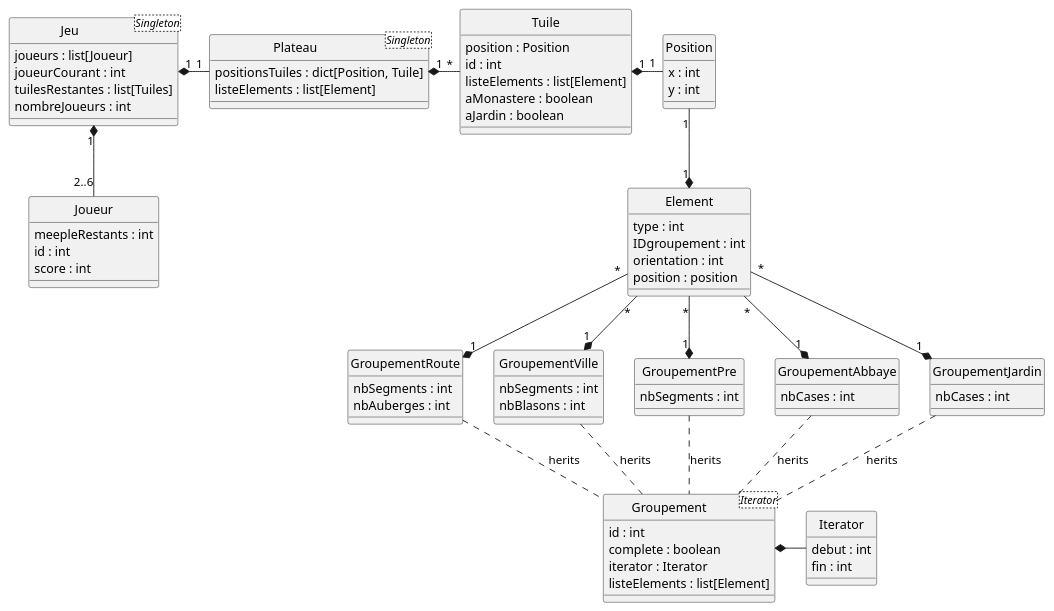
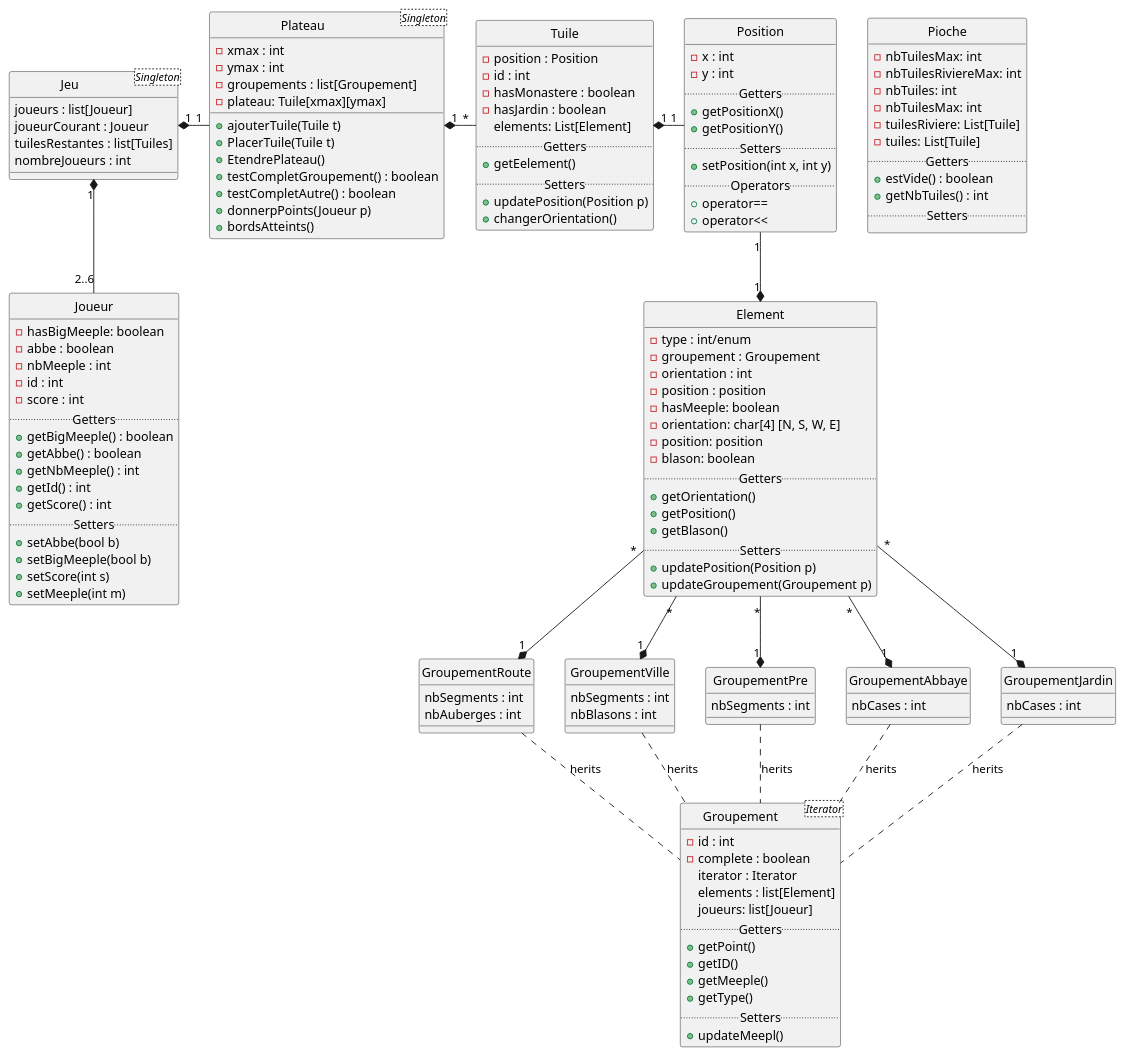
One commit to adrsimon/lo21-carcassone changed the diagram in structuration-du-projet/uml.puml. Above: the diagram before and after it, drawn with PlantUML.

Commit message:
Update UML

```diff
--- a/structuration-du-projet/uml.puml
+++ b/structuration-du-projet/uml.puml
@@ -1,98 +1,158 @@
 @startuml
 hide circle
 
 
 class Jeu<Singleton> {
   joueurs : list[Joueur]
-  joueurCourant : int
+  joueurCourant : Joueur
   tuilesRestantes : list[Tuiles]
   nombreJoueurs : int
 }
 
+class Pioche {
+  -nbTuilesMax: int
+  -nbTuilesRiviereMax: int
+  -nbTuiles: int
+  -nbTuilesMax: int
+  -tuilesRiviere: List[Tuile]
+  -tuiles: List[Tuile]
+  .. Getters ..
+  + estVide() : boolean
+  + getNbTuiles() : int
+  .. Setters ..
+}
+
 class Plateau<Singleton> {
-  positionsTuiles : dict[Position, Tuile]
-  listeElements : list[Element]
+  -xmax : int
+  -ymax : int
+  -groupements : list[Groupement]
+  -plateau: Tuile[xmax][ymax]
+  +ajouterTuile(Tuile t)
+  +PlacerTuile(Tuile t)
+  +EtendrePlateau()
+  +testCompletGroupement() : boolean
+  +testCompletAutre() : boolean
+  +donnerpPoints(Joueur p)
+  +bordsAtteints()
 }
 
 class Joueur {
-  meepleRestants : int
-  id : int
-  score : int
+  -hasBigMeeple: boolean
+  -abbe : boolean
+  -nbMeeple : int
+  -id : int
+  -score : int
+  .. Getters ..
+  +getBigMeeple() : boolean
+  +getAbbe() : boolean
+  +getNbMeeple() : int
+  +getId() : int
+  +getScore() : int
+  .. Setters ..
+  +setAbbe(bool b)
+  +setBigMeeple(bool b)
+  +setScore(int s)
+  +setMeeple(int m)
 }
 
 class Tuile {
-  position : Position
-  id : int
-  listeElements : list[Element]
-  aMonastere : boolean
-  aJardin : boolean
+  -position : Position
+  -id : int
+  -hasMonastere : boolean
+  -hasJardin : boolean
+  elements: List[Element]
+  .. Getters ..
+  + getEelement()
+  .. Setters ..
+  + updatePosition(Position p)
+  + changerOrientation()
 }
 
 class Position {
-  x : int
-  y : int
+  -x : int
+  -y : int
+  .. Getters ..
+  +getPositionX()
+  +getPositionY()
+  .. Setters ..
+  +setPosition(int x, int y)
+  .. Operators ..
+  + operator==
+  + operator<<
 }
 
 class Element {
-  type : int
-  IDgroupement : int
-  orientation : int
-  position : position
+  -type : int/enum
+  -groupement : Groupement
+  -orientation : int
+  -position : position
+  -hasMeeple: boolean
+  -orientation: char[4] [N, S, W, E]
+  -position: position
+  -blason: boolean
+  .. Getters ..
+  +getOrientation()
+  +getPosition()
+  +getBlason()
+  .. Setters ..
+  +updatePosition(Position p)
+  +updateGroupement(Groupement p)
 }
 
 class Groupement<Iterator> {
-  id : int
-  complete : boolean
+  -id : int
+  -complete : boolean
   iterator : Iterator
-  listeElements : list[Element]
-}
-
-class Iterator {
-  debut : int
-  fin : int
+  elements : list[Element]
+  joueurs: list[Joueur]
+  .. Getters ..
+  + getPoint()
+  + getID()
+  + getMeeple()
+  + getType()
+  .. Setters ..
+  + updateMeepl()
 }
 
 class GroupementRoute {
   nbSegments : int
   nbAuberges : int
 }
 
 class GroupementVille {
   nbSegments : int
   nbBlasons : int
 }
 
 class GroupementPre {
   nbSegments : int
 }
 
 class GroupementAbbaye {
   nbCases : int
 }
 
 class GroupementJardin {
   nbCases : int
 }
 
 Jeu "1" *-- "2..6" Joueur
 Jeu "1" *- "1" Plateau
 
 Plateau "1" *- "*" Tuile
 Tuile "1" *- "1" Position
 Position "1" --* "1" Element
 
 Element "*" --* "1" GroupementPre
 Element "*" --* "1" GroupementVille
 Element "*" --* "1" GroupementJardin
 Element "*" --* "1" GroupementRoute
 Element "*" --* "1" GroupementAbbaye
 
 GroupementPre .. Groupement : herits
 GroupementVille .. Groupement : herits
 GroupementJardin .. Groupement : herits
 GroupementRoute .. Groupement : herits
 GroupementAbbaye .. Groupement : herits
 
-Groupement *- Iterator
-
 @enduml
```
